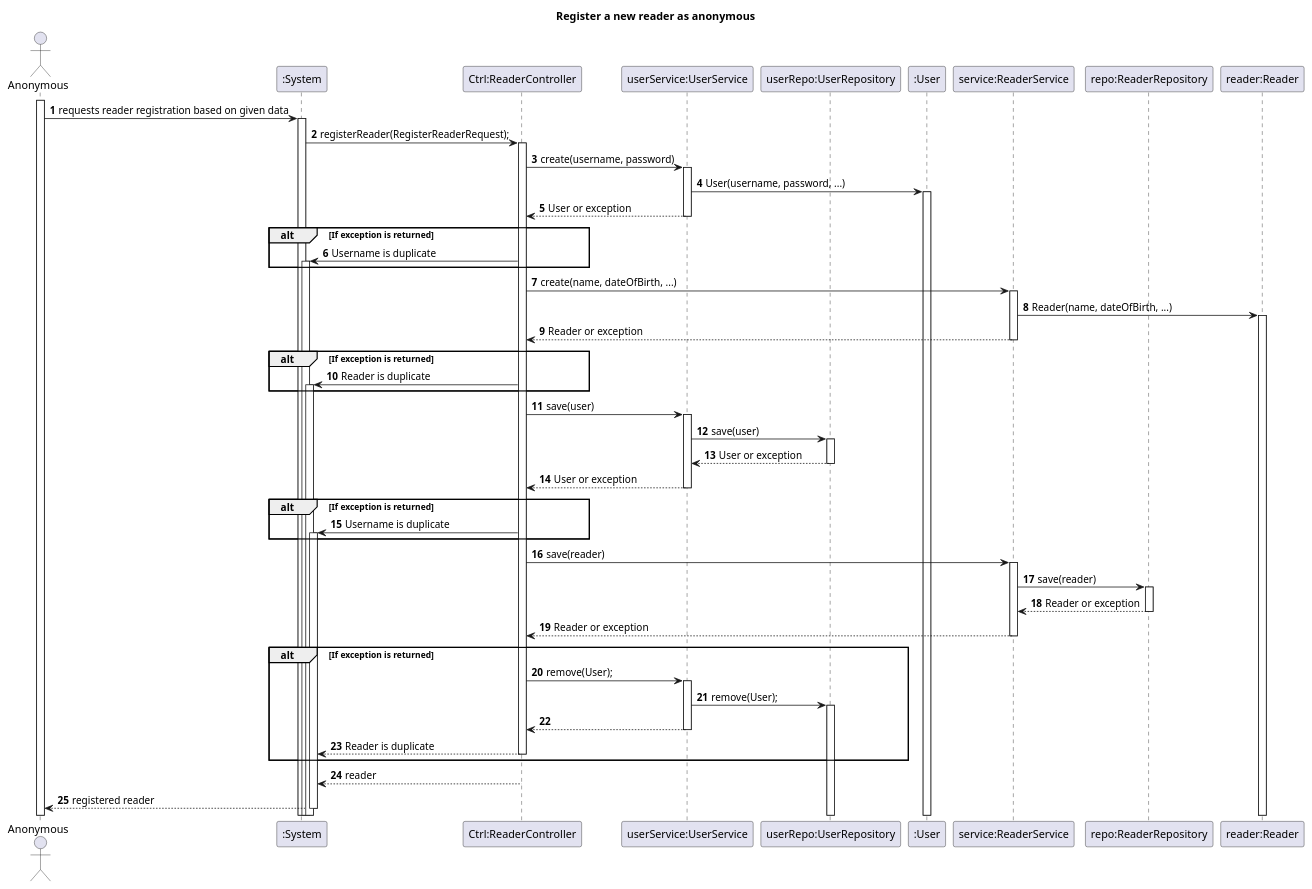
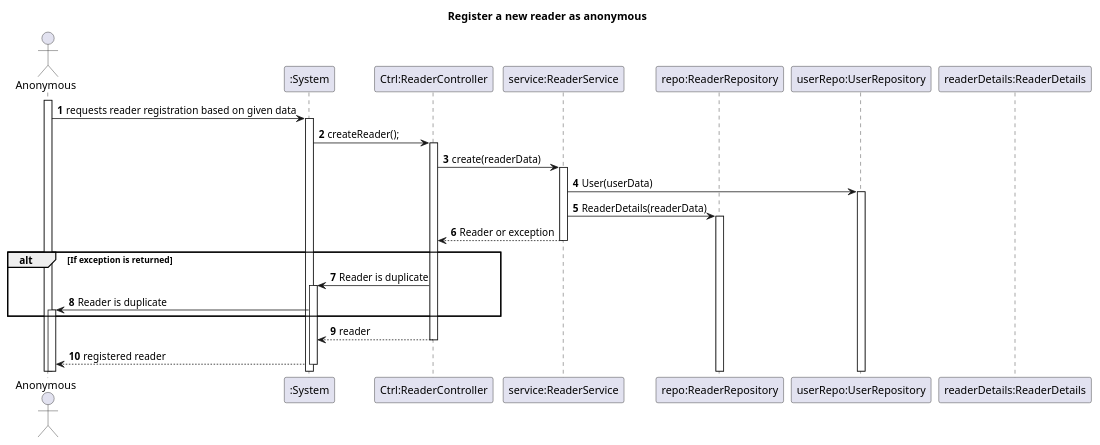
Before and after one commit to rutemf/1220944_1220772_G01: the diagram in Docs/Phase1/WP3A-Readers/Ph1-11-RegisterReader/SD.puml, drawn with PlantUML.

Commit message:
Update to SD of RegisterReader as it wasn't complying with the current implementation

```diff
--- a/Docs/Phase1/WP3A-Readers/Ph1-11-RegisterReader/SD.puml
+++ b/Docs/Phase1/WP3A-Readers/Ph1-11-RegisterReader/SD.puml
@@ -1,70 +1,35 @@
 @startuml
 'https://plantuml.com/sequence-diagram
 autoactivate on
 autonumber
 
 title Register a new reader as anonymous
 
 actor "Anonymous" as Anonymous
 participant ":System" as System
 participant "Ctrl:ReaderController" as Ctrl
-participant "userService:UserService" as UserService
-participant "userRepo:UserRepository" as UserRepository
-participant ":User" as User
 participant "service:ReaderService" as Service
 participant "repo:ReaderRepository" as Repo
-participant "reader:Reader" as Reader
+participant "userRepo:UserRepository" as UserRepository
+participant "readerDetails:ReaderDetails" as Reader
 
 activate Anonymous
 
 Anonymous -> System: requests reader registration based on given data
 
-System -> Ctrl: registerReader(RegisterReaderRequest);
+System -> Ctrl: createReader();
 
-Ctrl -> UserService: create(username, password)
-UserService -> User: User(username, password, ...)
-UserService --> Ctrl: User or exception
-alt If exception is returned
-    Ctrl -> System: Username is duplicate
-end
-
-/'UserService -> UserRepository: save(user);
-UserRepository --> UserService: User or exception
-
-alt If exception is returned
-    Ctrl -> System: Username is duplicate
-end'/
-
-Ctrl -> Service: create(name, dateOfBirth, ...)
-Service -> Reader: Reader(name, dateOfBirth, ...)
+Ctrl -> Service: create(readerData)
+Service -> UserRepository: User(userData)
+Service -> Repo: ReaderDetails(readerData)
 Service --> Ctrl: Reader or exception
 
 alt If exception is returned
     Ctrl -> System: Reader is duplicate
-end
-
-Ctrl -> UserService: save(user)
-UserService -> UserRepository: save(user)
-UserRepository --> UserService: User or exception
-UserService --> Ctrl: User or exception
-
-alt If exception is returned
-    Ctrl -> System: Username is duplicate
-end
-
-Ctrl -> Service: save(reader)
-Service -> Repo: save(reader)
-Repo --> Service: Reader or exception
-Service --> Ctrl: Reader or exception
-
-alt If exception is returned
-    Ctrl -> UserService: remove(User);
-    UserService -> UserRepository: remove(User);
-    UserService --> Ctrl:
-    Ctrl --> System: Reader is duplicate
+    System -> Anonymous: Reader is duplicate
 end
 
 Ctrl --> System: reader
 System --> Anonymous: registered reader
 
 @enduml
```
